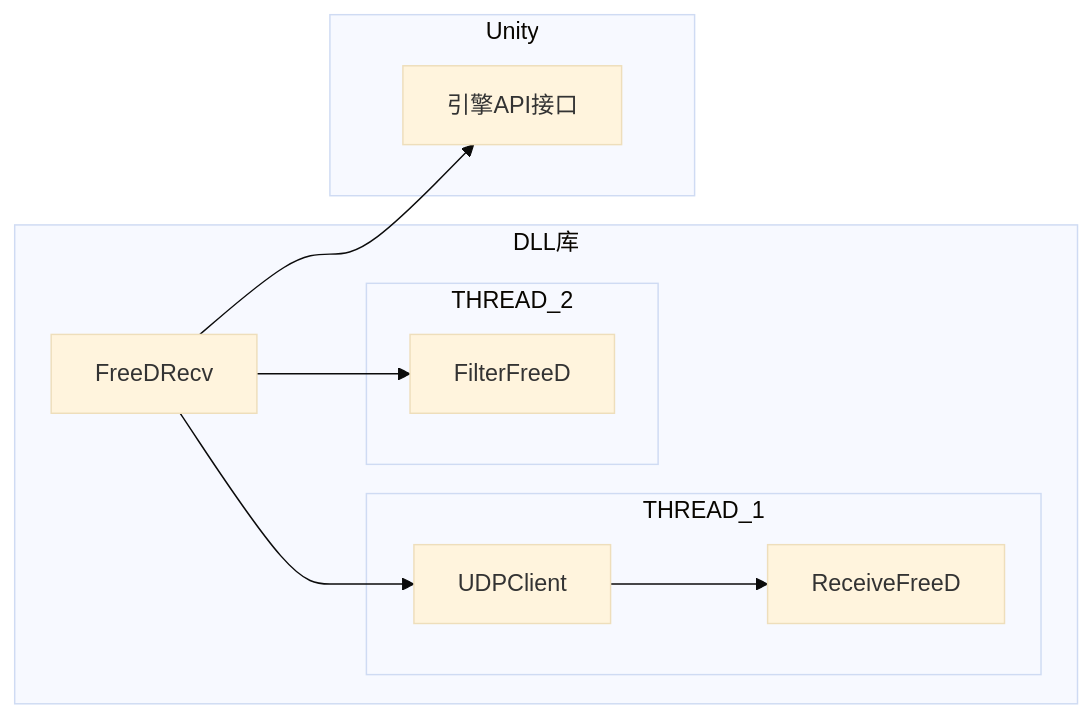
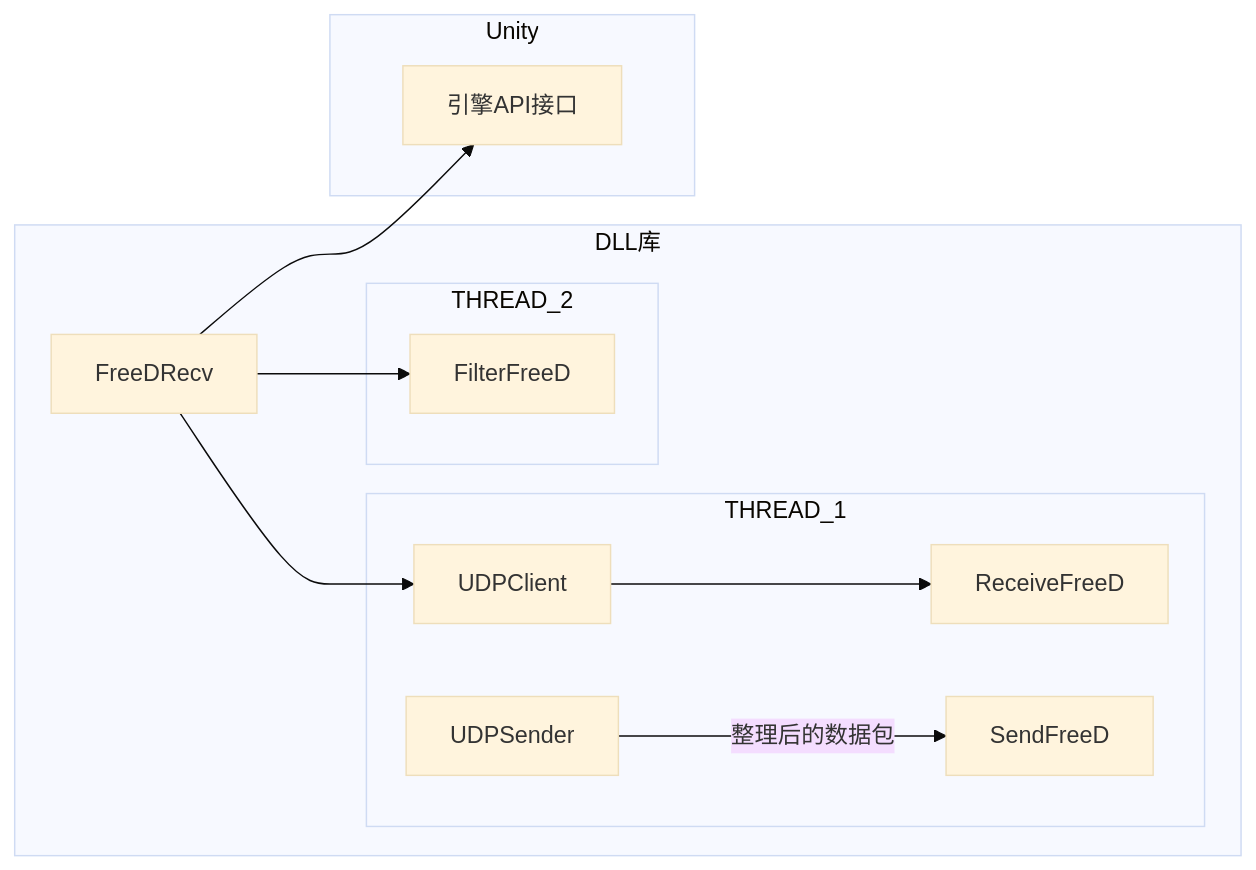
Before and after one commit to 888fff/bunkergames: the second of 3 diagrams in work_doc/Unity下开发FreeD协议插件.md, drawn with Mermaid (base theme). The commit also changed other lines of this file and 9 other files, not shown here.

````diff
--- a/work_doc/Unity下开发FreeD协议插件.md
+++ b/work_doc/Unity下开发FreeD协议插件.md
@@ -51,20 +53,21 @@
 ```mermaid
 graph LR;
 subgraph THREAD_1
 UDPClient --> ReceiveFreeD
+UDPSender --整理后的数据包--> SendFreeD
 end
 subgraph THREAD_2
 FilterFreeD
 end
 subgraph DLL库
 FreeDRecv --> UDPClient
 FreeDRecv --> FilterFreeD
 THREAD_1
 THREAD_2
 end
 FreeDRecv --> 引擎API接口
 subgraph Unity
 引擎API接口
 end
 
 ```
````
